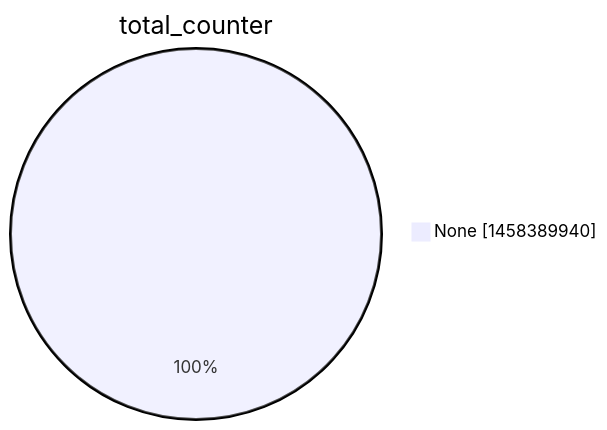
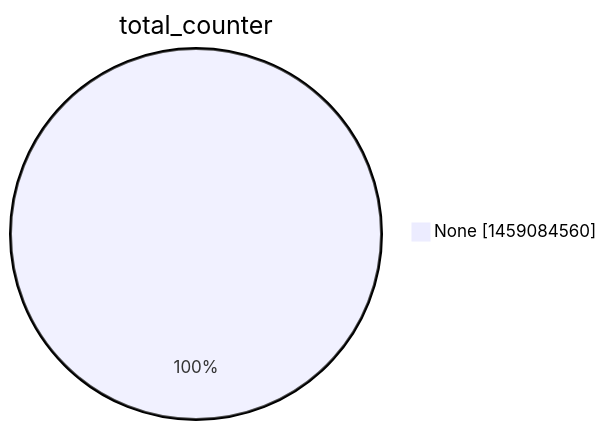
Before and after one commit to christiankrug/ctmonitor_visualization: the second of 15 diagrams in argon2022/README.md, drawn with Mermaid. The commit also changed other lines of this file, not shown here.

````diff
--- a/argon2022/README.md
+++ b/argon2022/README.md
@@ -9,5 +9,5 @@
 ```mermaid
 pie showData
 title total_counter
-"None" :1458389940
+"None" :1459084560
 ```
````
